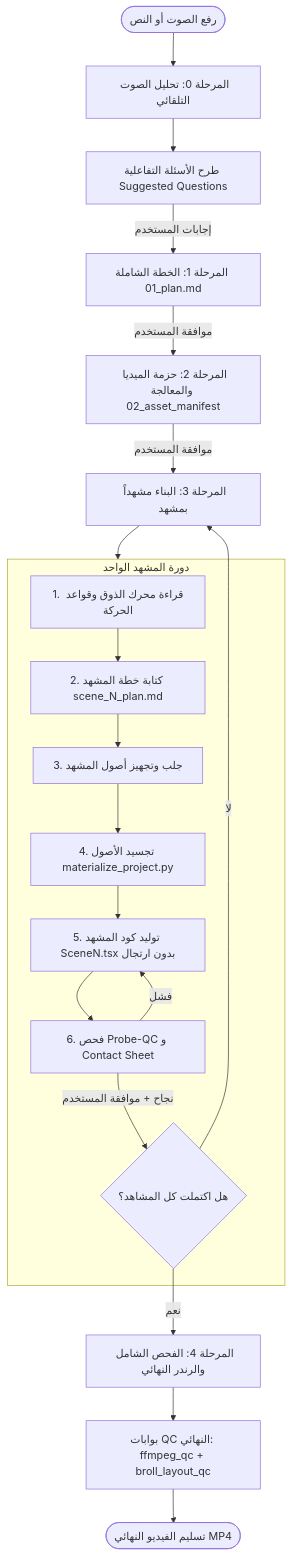
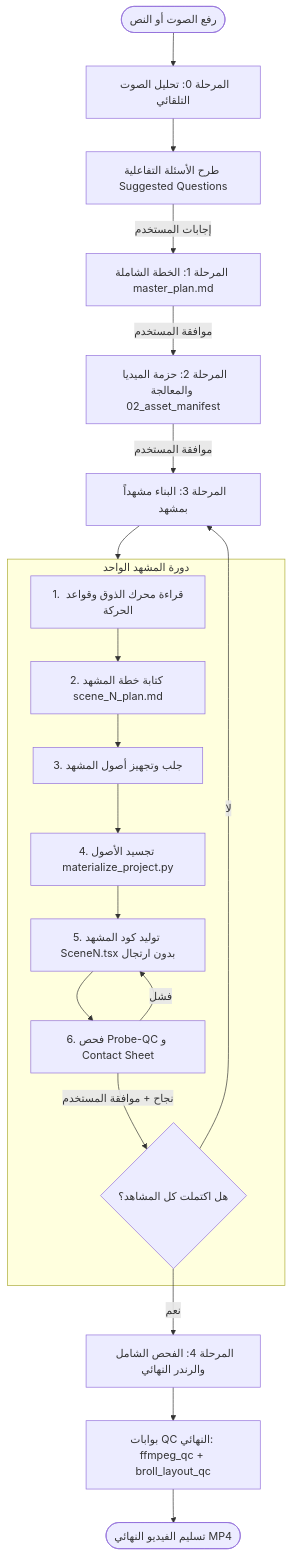
The first of 2 diagrams in documentation/architecture/WORKSPACE_PIPELINE_EXPLAINED.md (m2menqawsh-maker/motion), drawn with Mermaid before and after one commit. The commit also changed other lines of this file and 49 other files, not shown here.

````diff
--- a/documentation/architecture/WORKSPACE_PIPELINE_EXPLAINED.md
+++ b/documentation/architecture/WORKSPACE_PIPELINE_EXPLAINED.md
@@ -92,24 +92,24 @@
 ```mermaid
 flowchart TD
     Start([رفع الصوت أو النص]) --> Stage0[المرحلة 0: تحليل الصوت التلقائي]
     Stage0 --> SmartQ[طرح الأسئلة التفاعلية Suggested Questions]
-    SmartQ -->|إجابات المستخدم| Plan[المرحلة 1: الخطة الشاملة 01_plan.md]
+    SmartQ -->|إجابات المستخدم| Plan[المرحلة 1: الخطة الشاملة master_plan.md]
     Plan -->|موافقة المستخدم| MediaInit[المرحلة 2: حزمة الميديا والمعالجة 02_asset_manifest]
     MediaInit -->|موافقة المستخدم| SceneLoop[المرحلة 3: البناء مشهداً بمشهد]
     
     subgraph SceneCycle [دورة المشهد الواحد]
         ReadSpecs[1. قراءة محرك الذوق وقواعد الحركة] --> ScenePlan[2. كتابة خطة المشهد scene_N_plan.md]
         ScenePlan --> FetchAssets[3. جلب وتجهيز أصول المشهد]
         FetchAssets --> Materialize[4. تجسيد الأصول materialize_project.py]
         Materialize --> CodeBuild[5. توليد كود المشهد SceneN.tsx بدون ارتجال]
         CodeBuild --> ProbeQC[6. فحص Probe-QC و Contact Sheet]
         ProbeQC -->|فشل| CodeBuild
         ProbeQC -->|نجاح + موافقة المستخدم| NextScene{هل اكتملت كل المشاهد؟}
     end
     
     SceneLoop --> SceneCycle
     NextScene -->|لا| SceneLoop
     NextScene -->|نعم| Stage4[المرحلة 4: الفحص الشامل والرندر النهائي]
     Stage4 --> FinalQC[بوابات QC النهائي: ffmpeg_qc + broll_layout_qc]
     FinalQC --> Done([تسليم الفيديو النهائي MP4])
 ```
````
